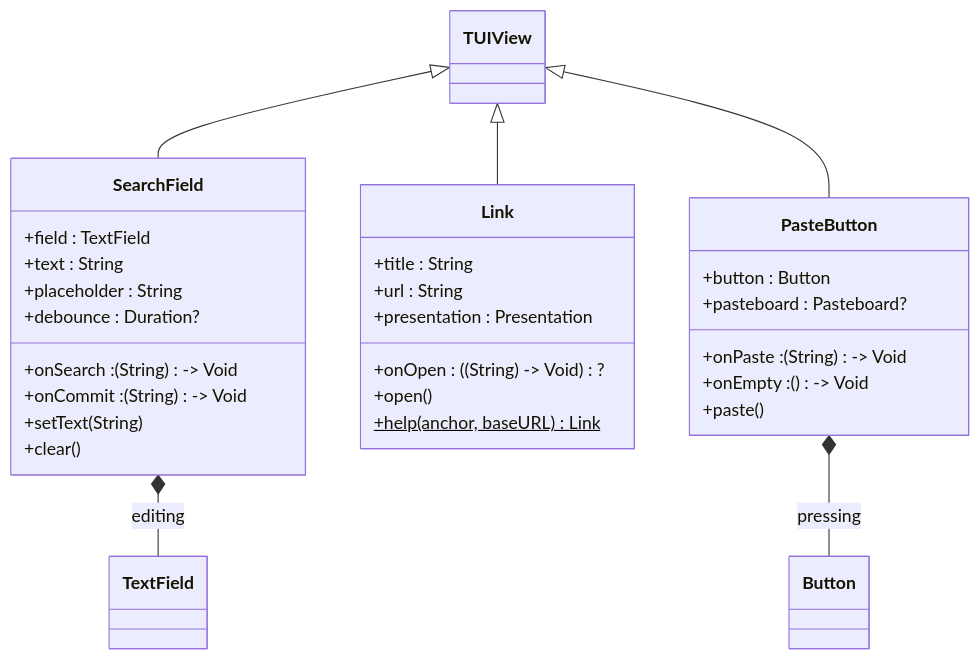
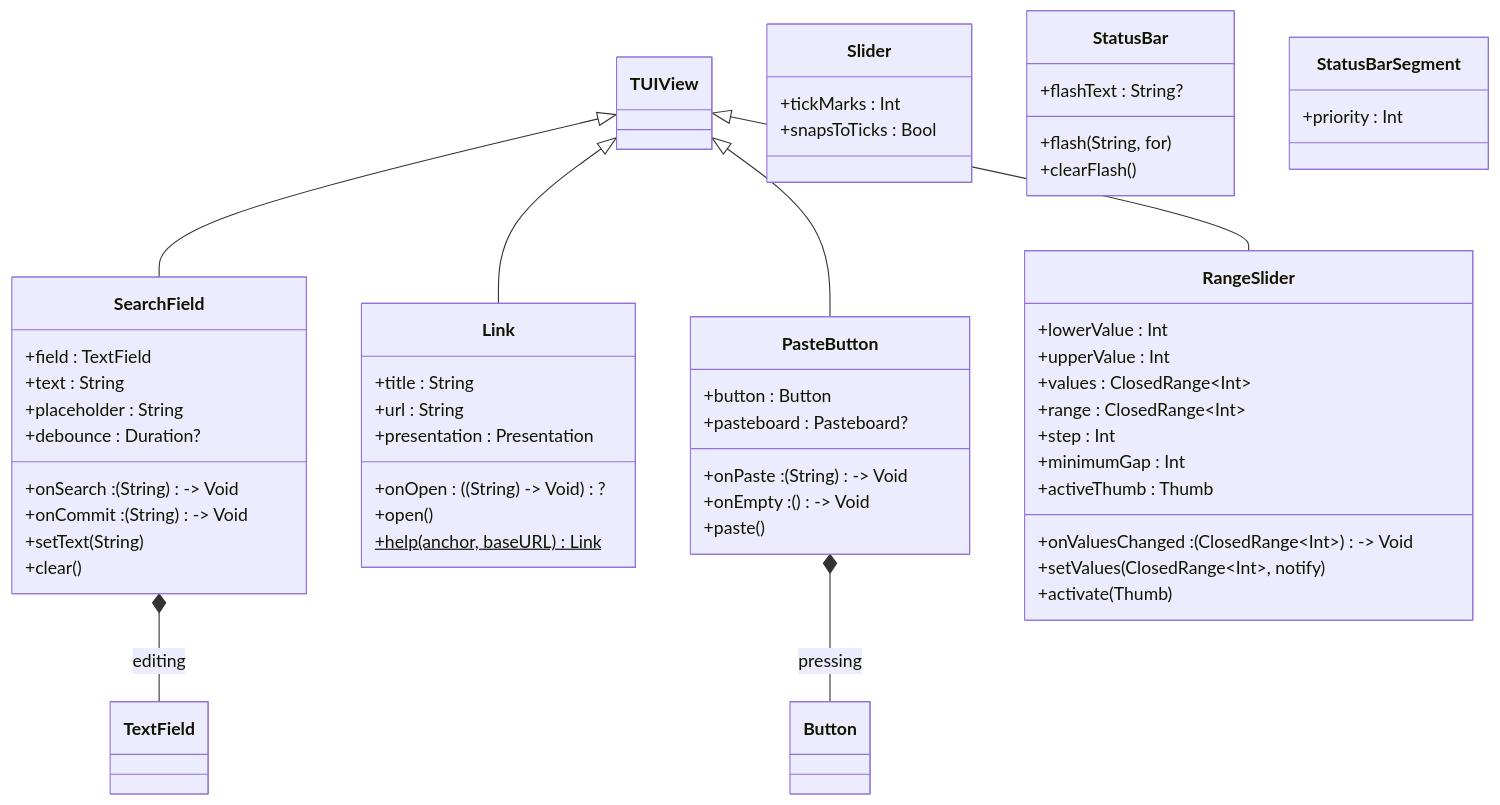
Before and after one commit to bobbyski/TUIKit: the fifth of 5 diagrams in Docs/ControlsUML.md, drawn with Mermaid. The commit also changed 7 other files, not shown here.

First line of the commit message:
Wave A (2/4): Slider tick marks, RangeSlider, StatusBar flash + priority

````diff
--- a/Docs/ControlsUML.md
+++ b/Docs/ControlsUML.md
@@ -745,42 +745,71 @@
 ```mermaid
 classDiagram
     direction TB
 
     class TUIView
     class TextField
     class Button
 
     class SearchField {
         +field : TextField
         +text : String
         +placeholder : String
         +debounce : Duration?
         +onSearch : (String) -> Void
         +onCommit : (String) -> Void
         +setText(String)
         +clear()
     }
 
     class Link {
         +title : String
         +url : String
         +presentation : Presentation
         +onOpen : ((String) -> Void)?
         +open()
         +help(anchor, baseURL)$ Link
     }
 
     class PasteButton {
         +button : Button
         +pasteboard : Pasteboard?
         +onPaste : (String) -> Void
         +onEmpty : () -> Void
         +paste()
     }
 
+    class RangeSlider {
+        +lowerValue : Int
+        +upperValue : Int
+        +values : ClosedRange~Int~
+        +range : ClosedRange~Int~
+        +step : Int
+        +minimumGap : Int
+        +activeThumb : Thumb
+        +onValuesChanged : (ClosedRange~Int~) -> Void
+        +setValues(ClosedRange~Int~, notify)
+        +activate(Thumb)
+    }
+
+    class Slider {
+        +tickMarks : Int
+        +snapsToTicks : Bool
+    }
+
+    class StatusBar {
+        +flashText : String?
+        +flash(String, for)
+        +clearFlash()
+    }
+
+    class StatusBarSegment {
+        +priority : Int
+    }
+
     TUIView <|-- SearchField
     TUIView <|-- Link
     TUIView <|-- PasteButton
+    TUIView <|-- RangeSlider
     SearchField *-- TextField : editing
     PasteButton *-- Button : pressing
 ```
````
